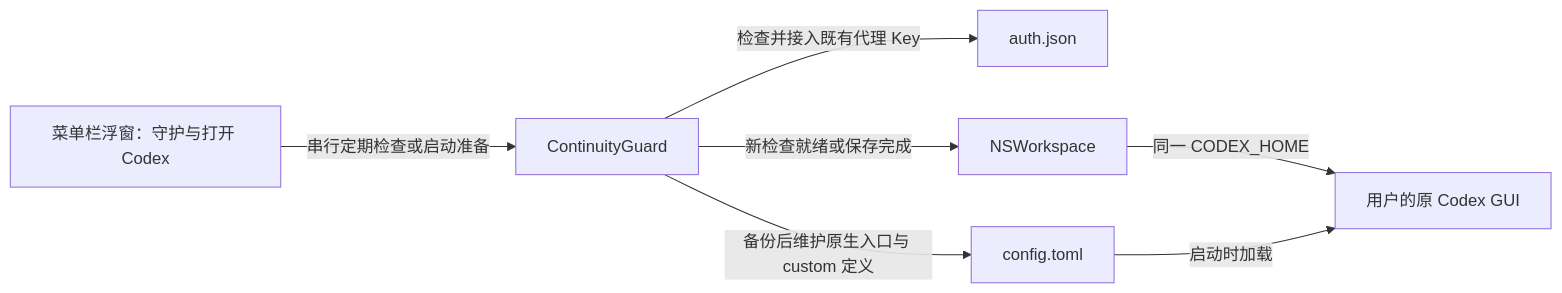
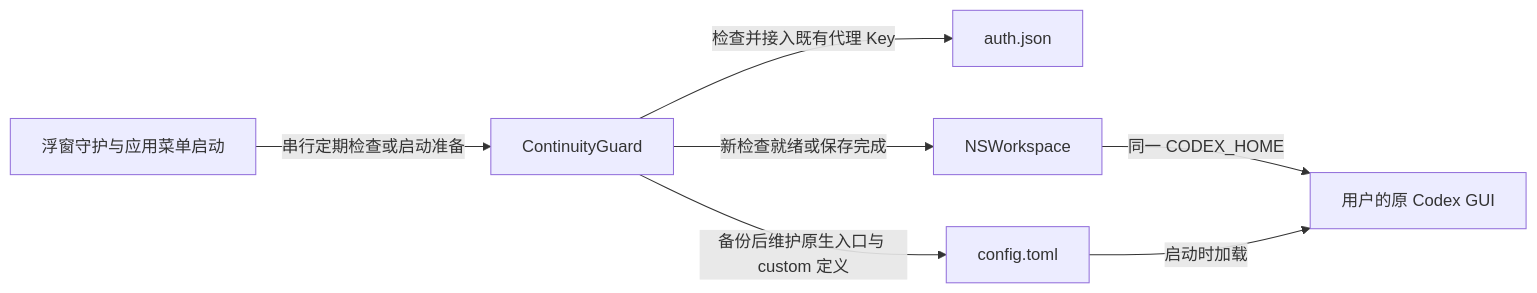
Before and after one commit to PixelCores/Miruun: the first of 2 diagrams in docs/analysis.md, drawn with Mermaid. The commit also changed other lines of this file and 5 other files, not shown here.

````diff
--- a/docs/analysis.md
+++ b/docs/analysis.md
@@ -60,9 +60,9 @@
 ```mermaid
 flowchart LR
-    UI[菜单栏浮窗：守护与打开 Codex] -->|串行定期检查或启动准备| Guard[ContinuityGuard]
+    UI[浮窗守护与应用菜单启动] -->|串行定期检查或启动准备| Guard[ContinuityGuard]
     Guard -->|检查并接入既有代理 Key| Auth[auth.json]
     Guard -->|备份后维护原生入口与 custom 定义| Config[config.toml]
     Guard -->|新检查就绪或保存完成| Launch[NSWorkspace]
     Launch -->|同一 CODEX_HOME| Codex[用户的原 Codex GUI]
     Config -->|启动时加载| Codex
 ```
````
